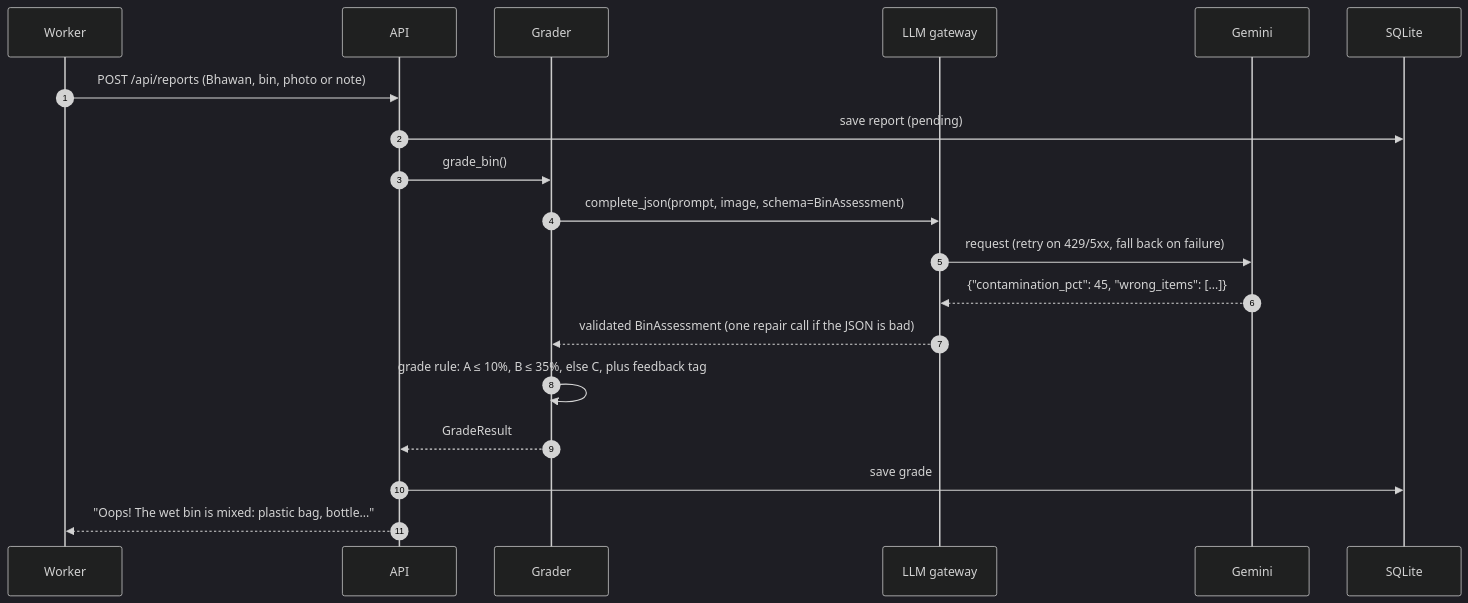
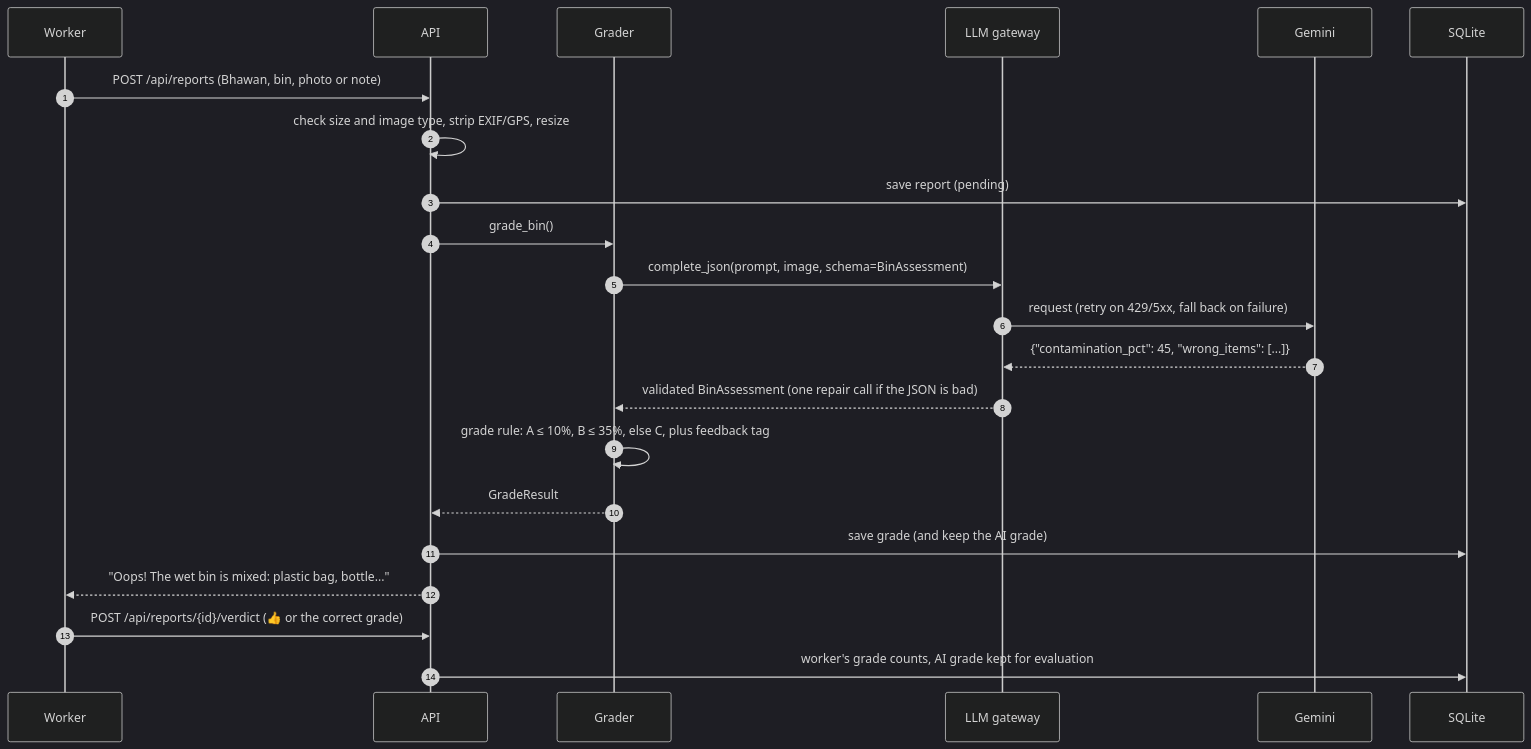
The third of 5 diagrams in README.md (Lakshya44444/safe), drawn with Mermaid (dark theme) before and after one commit. The commit also changed other lines of this file, not shown here.

````diff
--- a/README.md
+++ b/README.md
@@ -72,22 +246,25 @@
 ```mermaid
 sequenceDiagram
     autonumber
     participant W as Worker
     participant API as API
     participant G as Grader
     participant GW as LLM gateway
     participant LLM as Gemini
     participant DB as SQLite
 
     W->>API: POST /api/reports (Bhawan, bin, photo or note)
+    API->>API: check size and image type, strip EXIF/GPS, resize
     API->>DB: save report (pending)
     API->>G: grade_bin()
     G->>GW: complete_json(prompt, image, schema=BinAssessment)
     GW->>LLM: request (retry on 429/5xx, fall back on failure)
     LLM-->>GW: {"contamination_pct": 45, "wrong_items": [...]}
     GW-->>G: validated BinAssessment (one repair call if the JSON is bad)
     G->>G: grade rule: A ≤ 10%, B ≤ 35%, else C, plus feedback tag
     G-->>API: GradeResult
-    API->>DB: save grade
+    API->>DB: save grade (and keep the AI grade)
     API-->>W: "Oops! The wet bin is mixed: plastic bag, bottle..."
+    W->>API: POST /api/reports/{id}/verdict (👍 or the correct grade)
+    API->>DB: worker's grade counts, AI grade kept for evaluation
 ```
````
